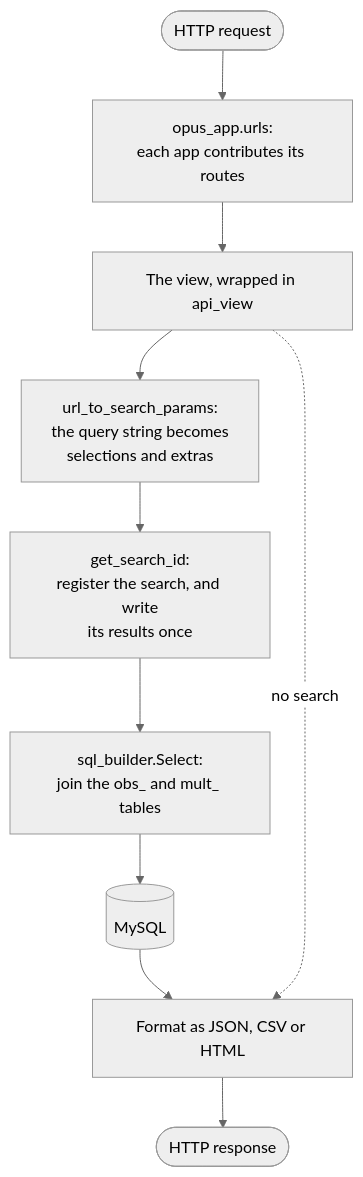
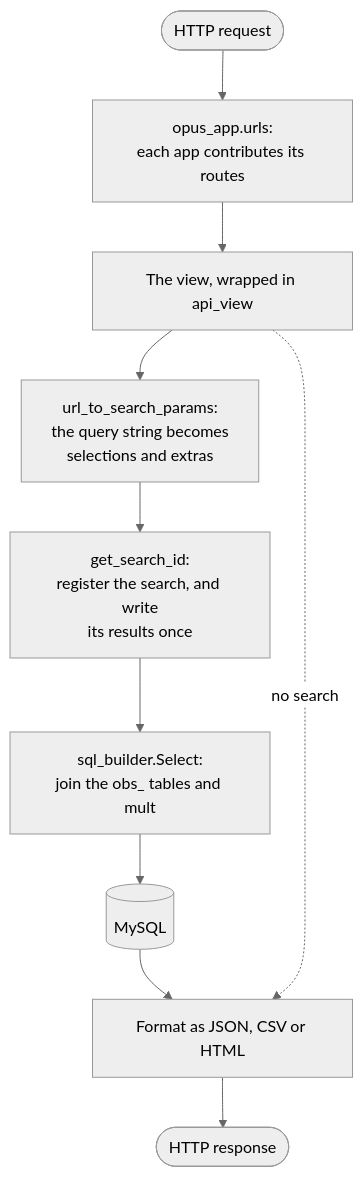
The third of 3 diagrams in docs/dev_guide_architecture.rst (SETI/rms-opus), drawn with Mermaid (neutral theme) before and after one commit. The commit also changed other lines of this file and 21 other files, not shown here.

```diff
--- a/docs/dev_guide_architecture.rst
+++ b/docs/dev_guide_architecture.rst
@@ -112,13 +112,13 @@
 .. mermaid::
     :zoom:
 
     flowchart TD
         R([HTTP request]) --> U[opus_app.urls:<br/>each app contributes its routes]
         U --> V[The view, wrapped in api_view]
         V --> P[url_to_search_params:<br/>the query string becomes<br/>selections and extras]
         P --> Q[get_search_id:<br/>register the search, and write<br/>its results once]
-        Q --> S[sql_builder.Select:<br/>join the obs_ and mult_ tables]
+        Q --> S[sql_builder.Select:<br/>join the obs_ tables and mult]
         S --> D[(MySQL)]
         D --> F[Format as JSON, CSV or HTML]
         F --> RESP([HTTP response])
         V -.->|no search| F
```
